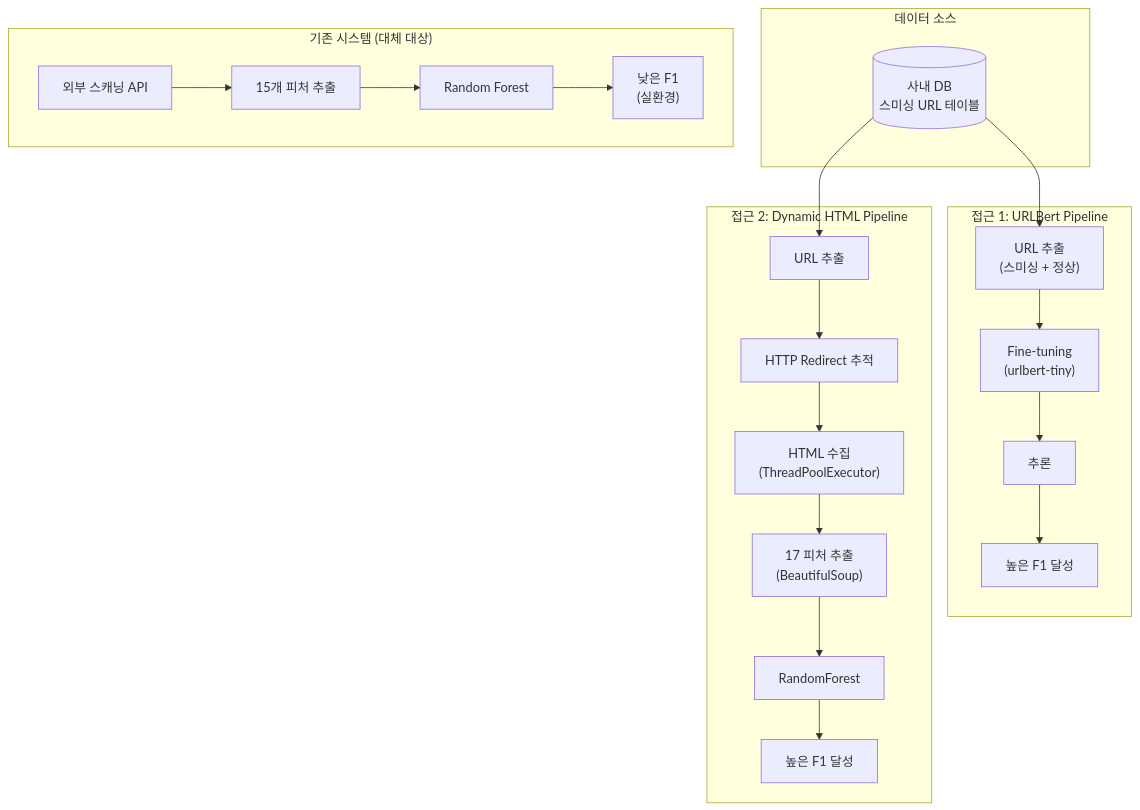
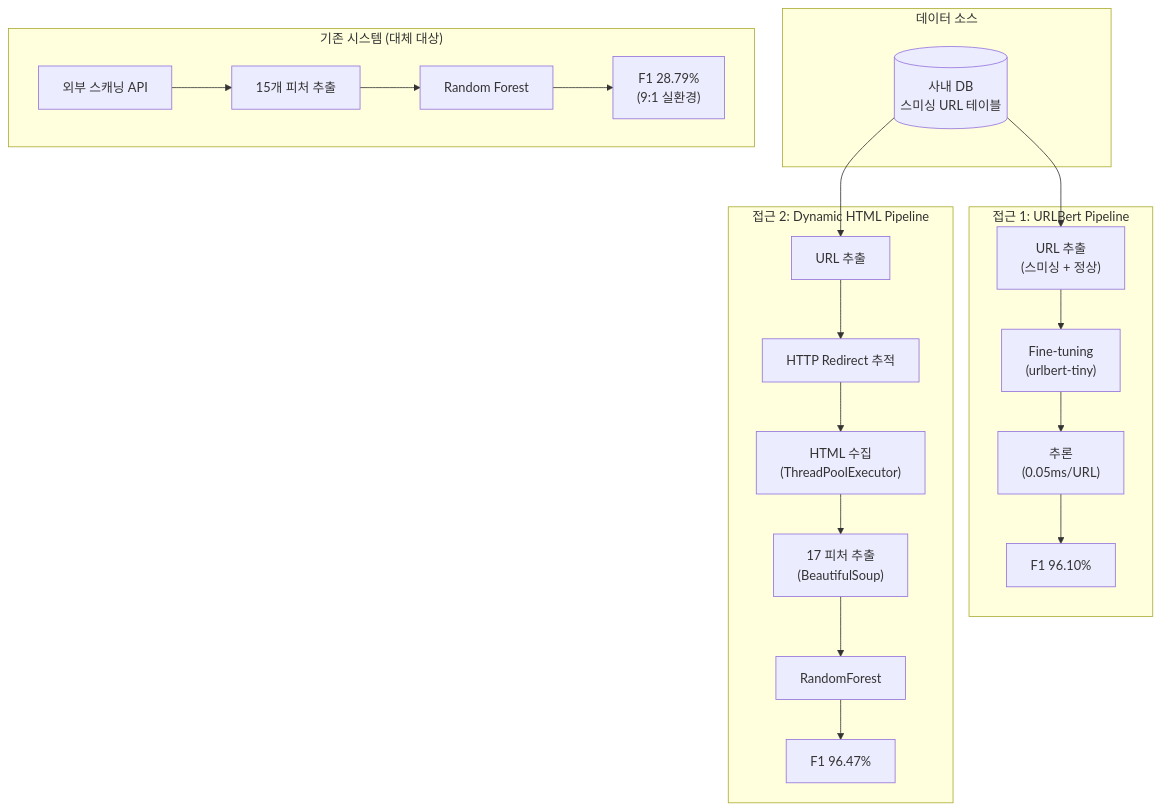
Before and after one commit to SJayKim/SJayKim: the fourth of 7 diagrams in README.md, drawn with Mermaid. The commit also changed other lines of this file, not shown here.

````diff
--- a/README.md
+++ b/README.md
@@ -265,38 +285,38 @@
 ```mermaid
 flowchart TB
     subgraph Source["데이터 소스"]
         Oracle[("사내 DB<br/>스미싱 URL 테이블")]
     end
 
     subgraph URLBert["접근 1: URLBert Pipeline"]
         Extract1["URL 추출<br/>(스미싱 + 정상)"]
         FT["Fine-tuning<br/>(urlbert-tiny)"]
-        Infer["추론"]
-        Result1["높은 F1 달성"]
+        Infer["추론<br/>(0.05ms/URL)"]
+        Result1["F1 96.10%"]
 
         Extract1 --> FT --> Infer --> Result1
     end
 
     subgraph DynamicHTML["접근 2: Dynamic HTML Pipeline"]
         Extract2["URL 추출"]
         Redirect["HTTP Redirect 추적"]
         HTML["HTML 수집<br/>(ThreadPoolExecutor)"]
         Feature["17 피처 추출<br/>(BeautifulSoup)"]
         RF["RandomForest"]
-        Result2["높은 F1 달성"]
+        Result2["F1 96.47%"]
 
         Extract2 --> Redirect --> HTML --> Feature --> RF --> Result2
     end
 
     subgraph Legacy["기존 시스템 (대체 대상)"]
         OldAPI["외부 스캐닝 API"]
         FE["15개 피처 추출"]
         OldRF["Random Forest"]
-        OldResult["낮은 F1<br/>(실환경)"]
+        OldResult["F1 28.79%<br/>(9:1 실환경)"]
 
         OldAPI --> FE --> OldRF --> OldResult
     end
 
     Oracle --> Extract1
     Oracle --> Extract2
 ```
````
